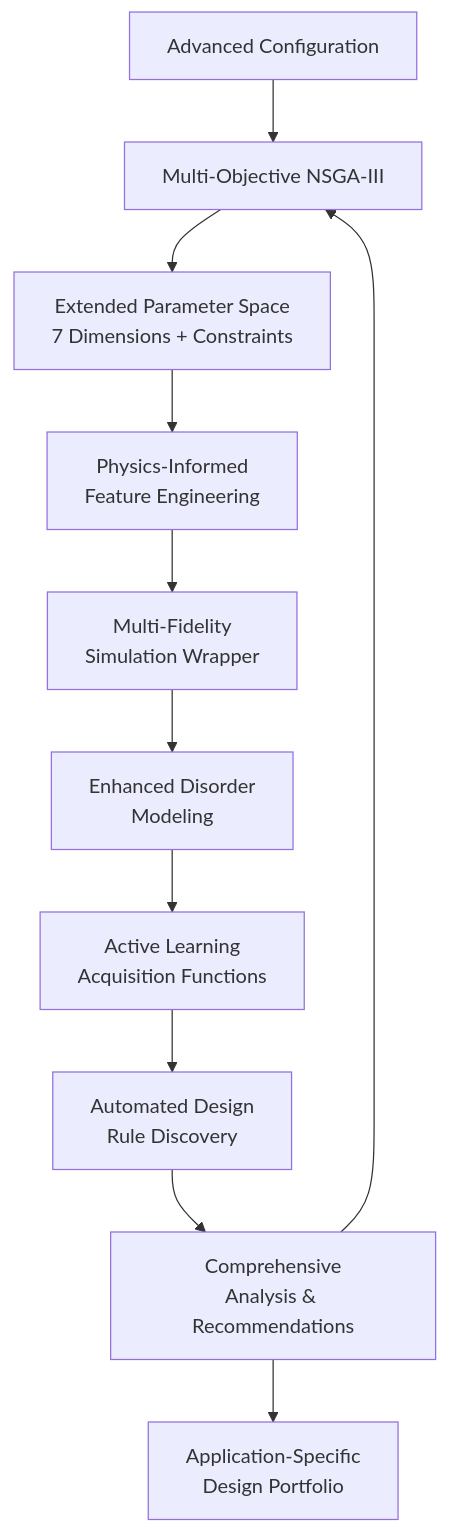
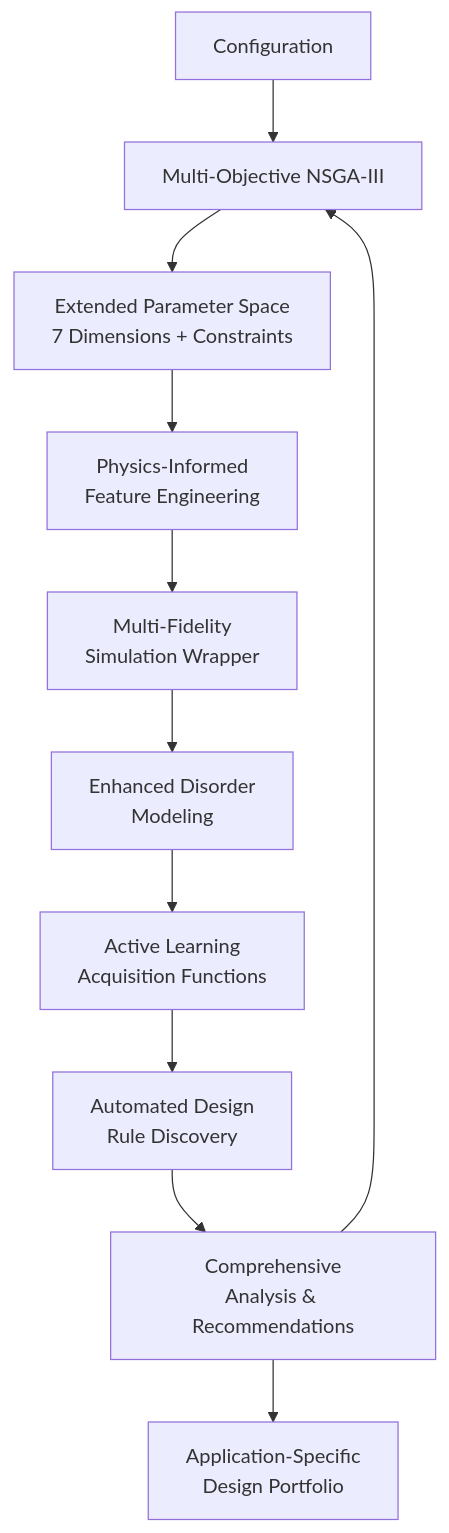
Before and after one commit to Sakeeb91/topological-photonic-crystal-optimizer: the diagram in README.md, drawn with Mermaid. The commit also changed other lines of this file, not shown here.

````diff
--- a/README.md
+++ b/README.md
@@ -35,13 +33,13 @@
 ```mermaid
 graph TB
-    A[Advanced Configuration] --> B[Multi-Objective NSGA-III]
+    A[Configuration] --> B[Multi-Objective NSGA-III]
     B --> C[Extended Parameter Space<br/>7 Dimensions + Constraints]
     C --> D[Physics-Informed<br/>Feature Engineering]
     D --> E[Multi-Fidelity<br/>Simulation Wrapper]
     E --> F[Enhanced Disorder<br/>Modeling]
     F --> G[Active Learning<br/>Acquisition Functions]
     G --> H[Automated Design<br/>Rule Discovery]
     H --> I[Comprehensive<br/>Analysis & Recommendations]
     I --> B
     I --> J[Application-Specific<br/>Design Portfolio]
 ```
````
